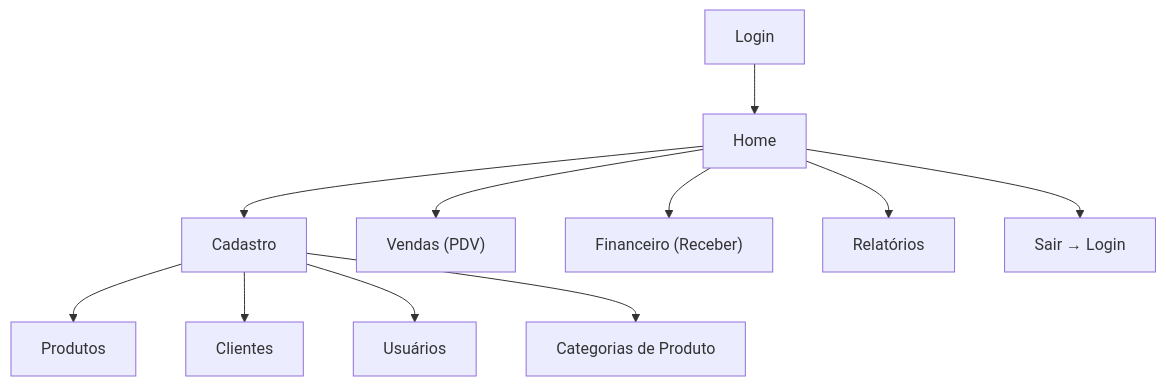
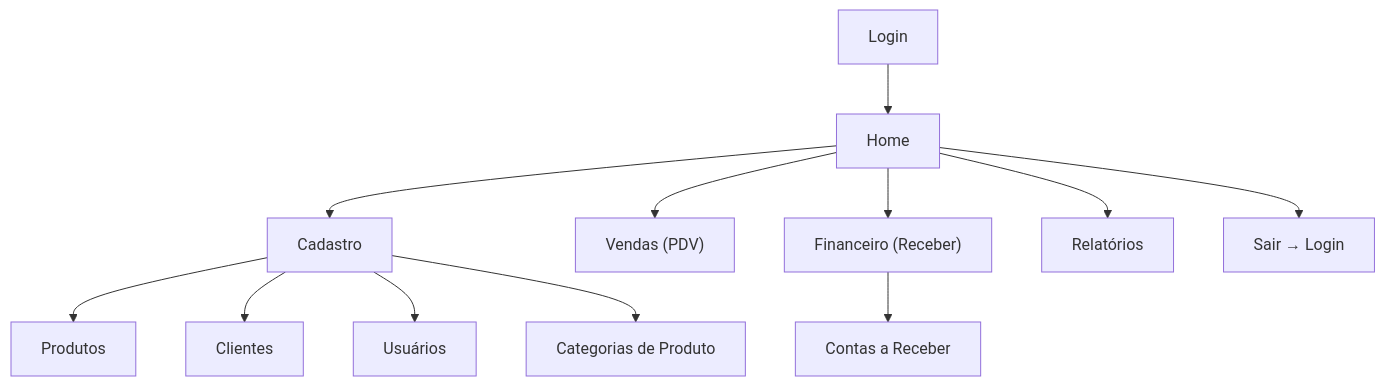
The fifth of 11 diagrams in README.md (EduardoHenrrykSimonato/sistema-gestao-comercial), drawn with Mermaid before and after one commit. The commit also changed other lines of this file and 3 other files, not shown here.

Commit message:
docs: auditoria e sincronizacao de todos os diagramas Mermaid do projeto

````diff
--- a/README.md
+++ b/README.md
@@ -315,14 +404,16 @@
 ```mermaid
 flowchart TD
     A["Login"] --> B["Home"]
     B --> C["Cadastro"]
     B --> D["Vendas (PDV)"]
     B --> E["Financeiro (Receber)"]
     B --> F["Relatórios"]
     B --> G["Sair → Login"]
 
     C --> C1["Produtos"]
     C --> C2["Clientes"]
     C --> C3["Usuários"]
     C --> C4["Categorias de Produto"]
+
+    E --> E1["Contas a Receber"]
 ```
````
